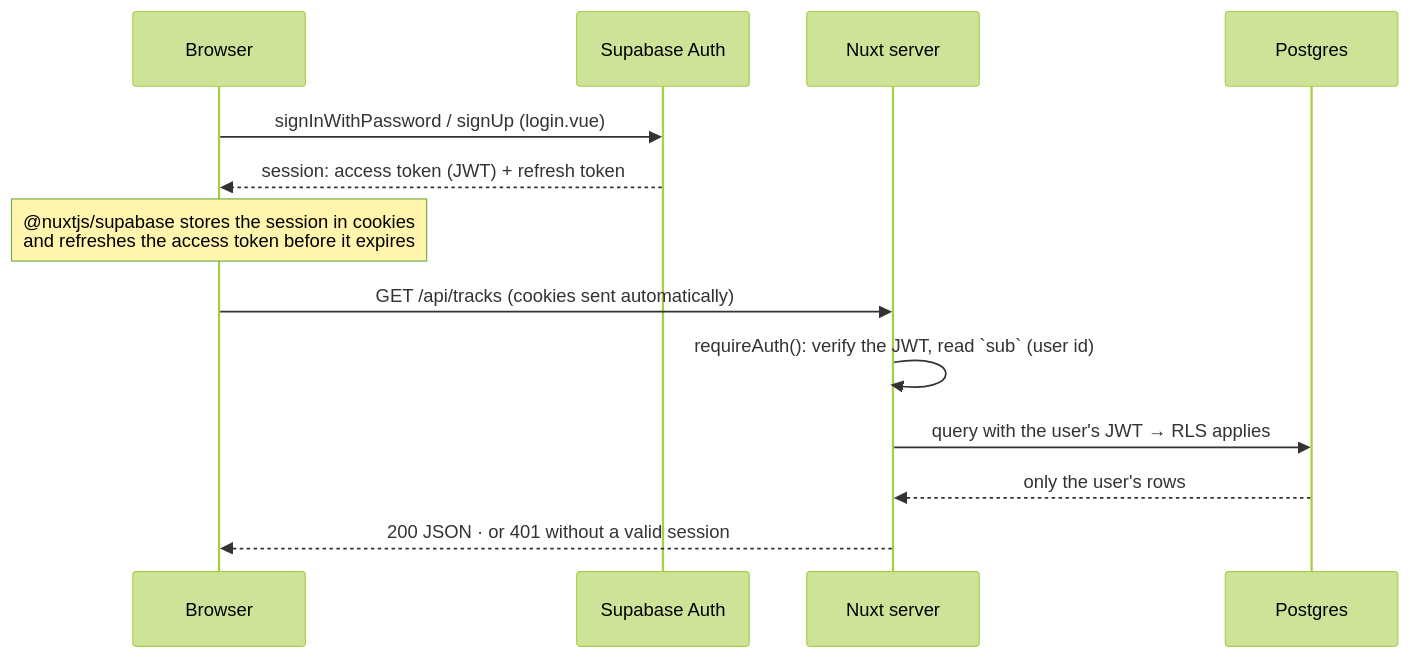
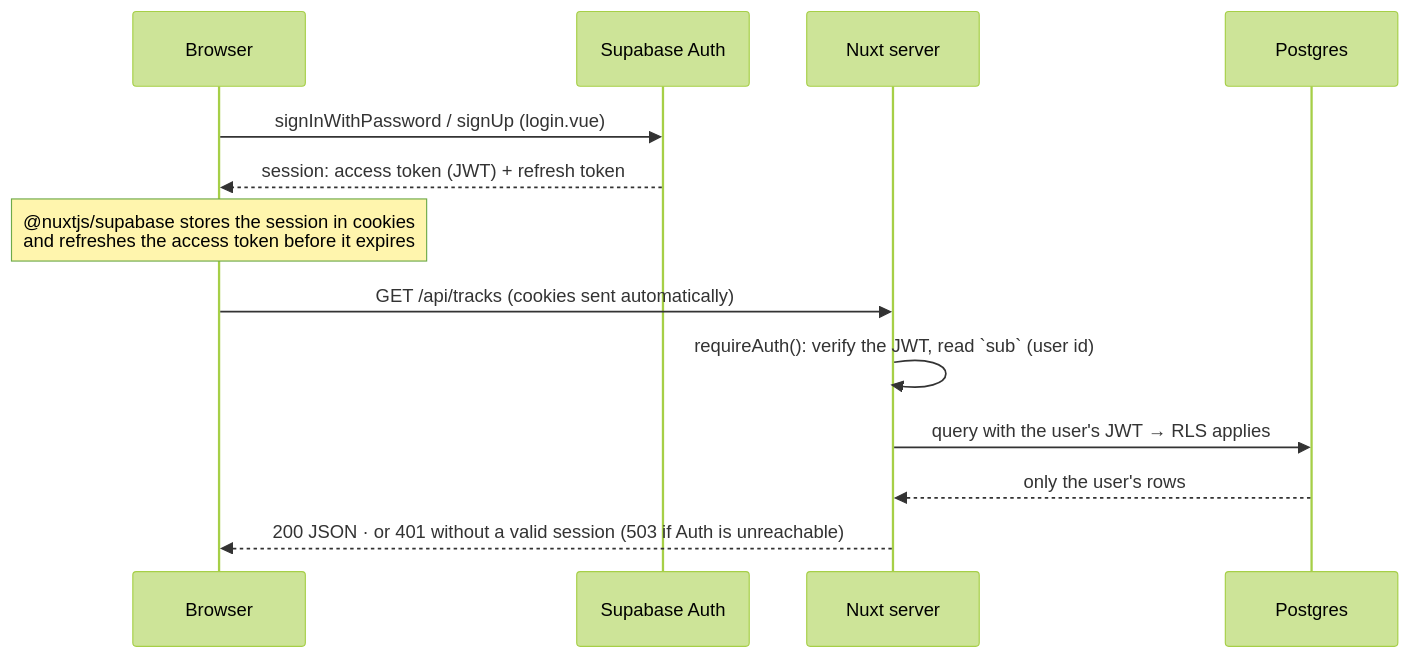
The first of 12 diagrams in docs/07-data-flows.md (alesssz/Chronovault), drawn with Mermaid (forest theme) before and after one commit. The commit also changed other lines of this file and 13 other files, not shown here.

````diff
--- a/docs/07-data-flows.md
+++ b/docs/07-data-flows.md
@@ -7,15 +7,15 @@
 ```mermaid
 sequenceDiagram
   participant B as Browser
   participant A as Supabase Auth
   participant N as Nuxt server
   participant DB as Postgres
   B->>A: signInWithPassword / signUp (login.vue)
   A-->>B: session: access token (JWT) + refresh token
   Note over B: @nuxtjs/supabase stores the session in cookies<br/>and refreshes the access token before it expires
   B->>N: GET /api/tracks (cookies sent automatically)
   N->>N: requireAuth(): verify the JWT, read `sub` (user id)
   N->>DB: query with the user's JWT → RLS applies
   DB-->>N: only the user's rows
-  N-->>B: 200 JSON · or 401 without a valid session
+  N-->>B: 200 JSON · or 401 without a valid session (503 if Auth is unreachable)
 ```
````
